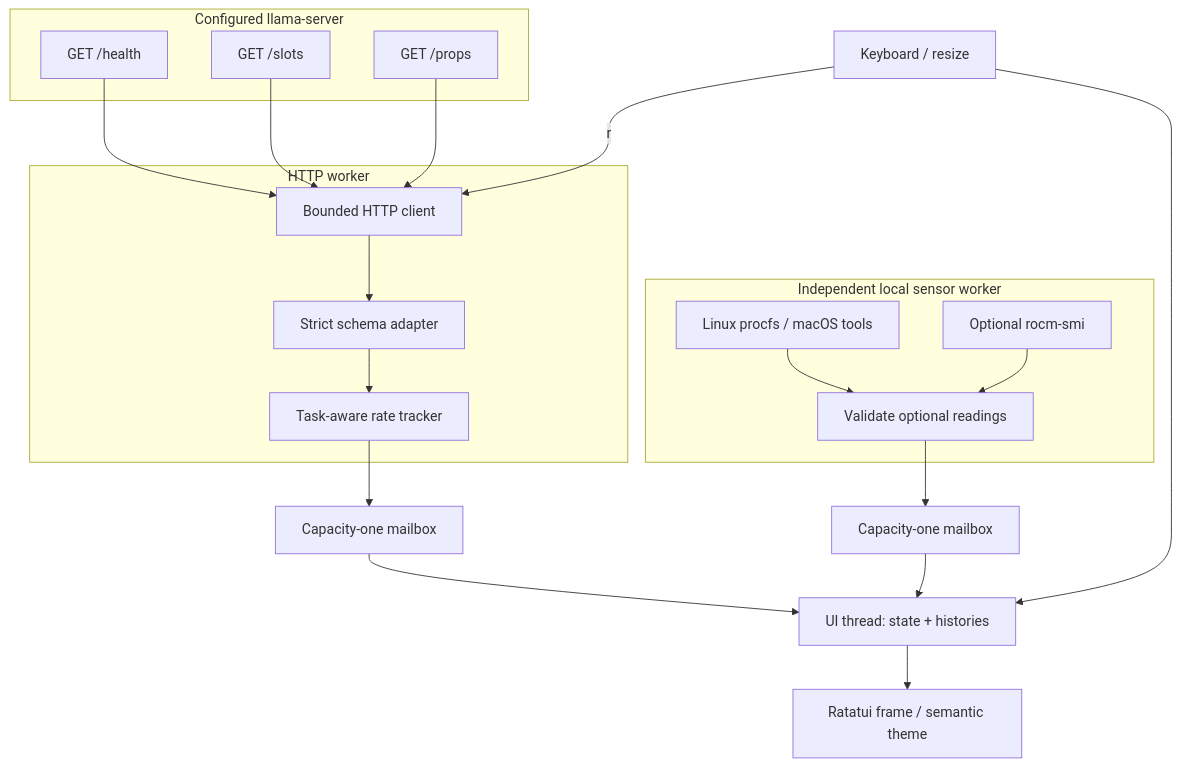
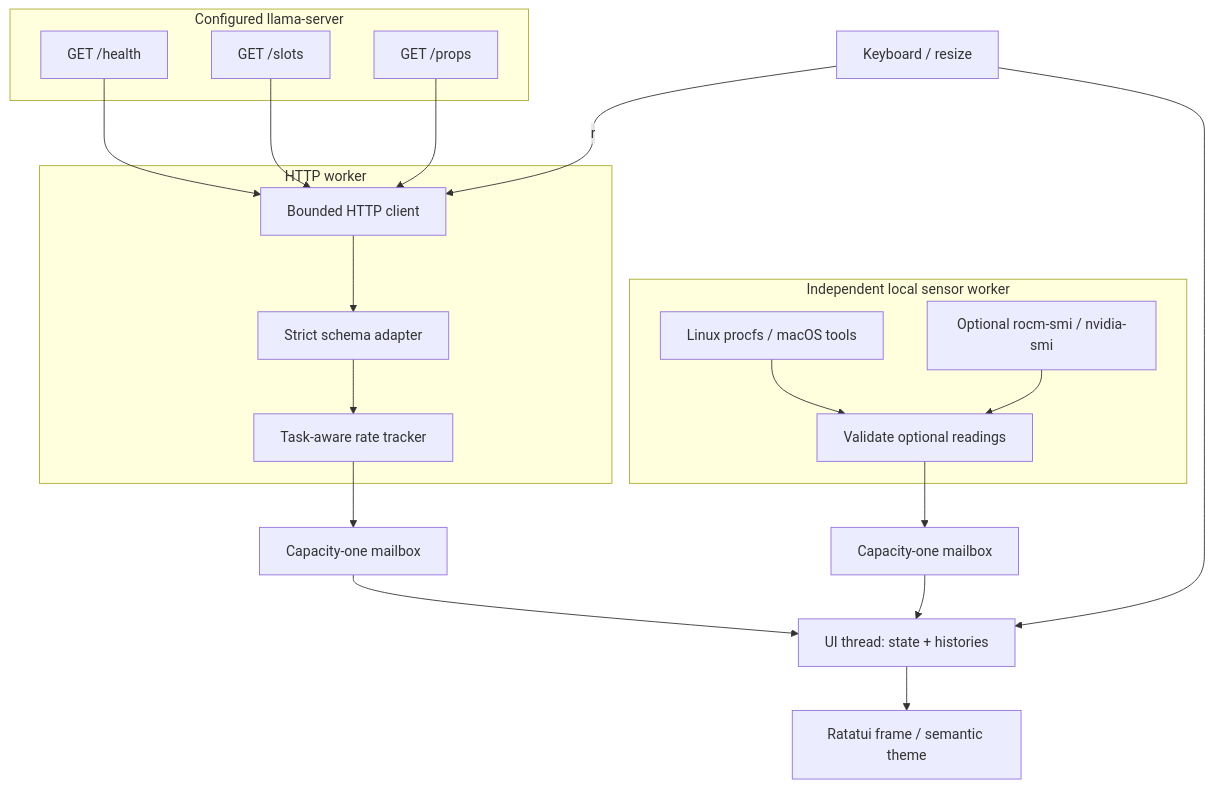
One commit to agustinsacco/llamascope changed the first of 2 diagrams in docs/architecture.md. Above: the diagram before and after it, drawn with Mermaid. The commit also changed other lines of this file and 37 other files, not shown here.

````diff
--- a/docs/architecture.md
+++ b/docs/architecture.md
@@ -9,26 +9,26 @@
 ```mermaid
 flowchart TB
     subgraph Remote[Configured llama-server]
         Health[GET /health]
         Slots[GET /slots]
         Props[GET /props]
     end
     subgraph Network[HTTP worker]
         Client[Bounded HTTP client]
         Decode[Strict schema adapter]
         Rate[Task-aware rate tracker]
     end
     subgraph Local[Independent local sensor worker]
         RAM[Linux procfs / macOS tools]
-        AMD[Optional rocm-smi]
+        AMD[Optional rocm-smi / nvidia-smi]
         Sensors[Validate optional readings]
     end
     Health & Slots & Props --> Client --> Decode --> Rate
     RAM & AMD --> Sensors
     Rate --> NetBox[Capacity-one mailbox]
     Sensors --> SensorBox[Capacity-one mailbox]
     NetBox & SensorBox --> View[UI thread: state + histories]
     Keys[Keyboard / resize] --> View
     View --> Render[Ratatui frame / semantic theme]
     Keys -->|r| Client
 ```
````
